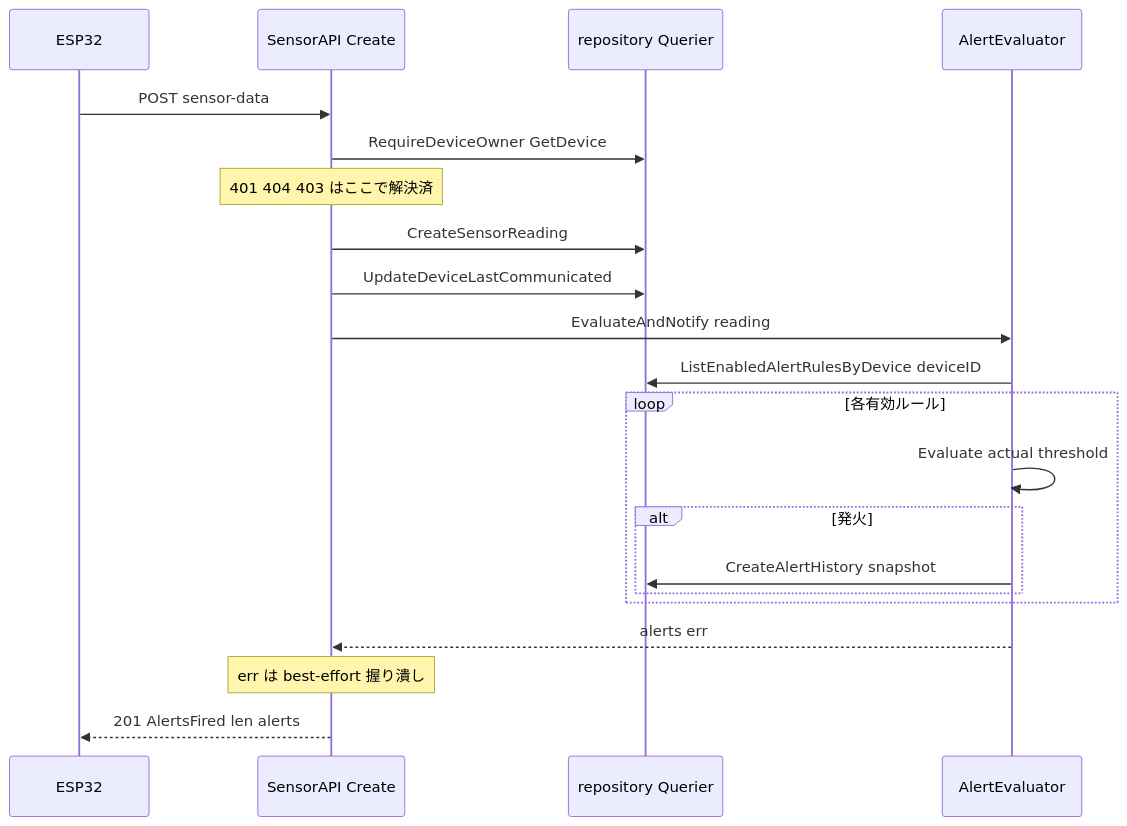
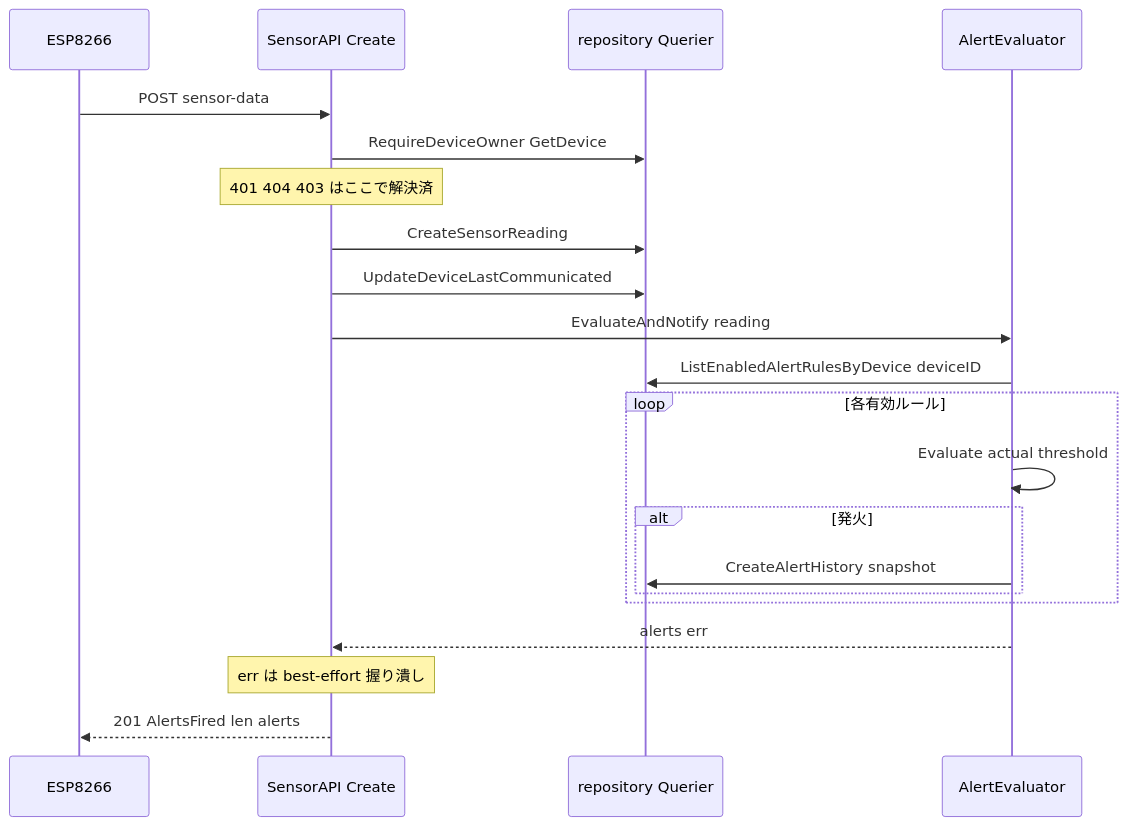
Before and after one commit to HiroshiKawano/go_iot: the second of 2 diagrams in .kiro/specs/alert-evaluation/design.md, drawn with Mermaid. The commit also changed other lines of this file and 18 other files, not shown here.

````diff
--- a/.kiro/specs/alert-evaluation/design.md
+++ b/.kiro/specs/alert-evaluation/design.md
@@ -138,24 +138,24 @@
 ```mermaid
 sequenceDiagram
-    participant Device as ESP32
+    participant Device as ESP8266
     participant API as SensorAPI Create
     participant Q as repository Querier
     participant Eval as AlertEvaluator
 
     Device->>API: POST sensor-data
     API->>Q: RequireDeviceOwner GetDevice
     Note over API: 401 404 403 はここで解決済
     API->>Q: CreateSensorReading
     API->>Q: UpdateDeviceLastCommunicated
     API->>Eval: EvaluateAndNotify reading
     Eval->>Q: ListEnabledAlertRulesByDevice deviceID
     loop 各有効ルール
         Eval->>Eval: Evaluate actual threshold
         alt 発火
             Eval->>Q: CreateAlertHistory snapshot
         end
     end
     Eval-->>API: alerts err
     Note over API: err は best-effort 握り潰し
     API-->>Device: 201 AlertsFired len alerts
 ```
````
